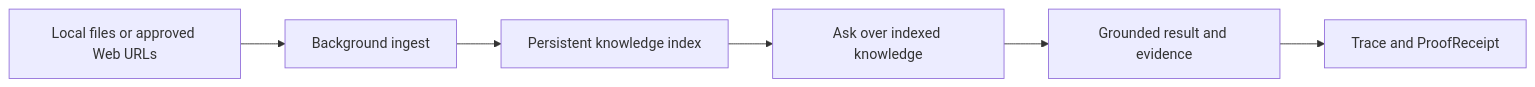
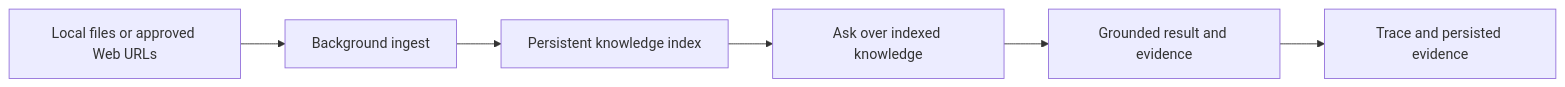
Before and after one commit to jakbuczarnecki/intergrax: the second of 2 diagrams in ARCHITECTURE_OVERVIEW.md, drawn with Mermaid. The commit also changed other lines of this file and 11 other files, not shown here.

````diff
--- a/ARCHITECTURE_OVERVIEW.md
+++ b/ARCHITECTURE_OVERVIEW.md
@@ -116,9 +116,9 @@
 ```mermaid
 flowchart LR
     S[Local files or approved Web URLs]
     S --> I[Background ingest]
     I --> K[Persistent knowledge index]
     K --> Q[Ask over indexed knowledge]
     Q --> R[Grounded result and evidence]
-    R --> T[Trace and ProofReceipt]
+    R --> T[Trace and persisted evidence]
 ```
````
